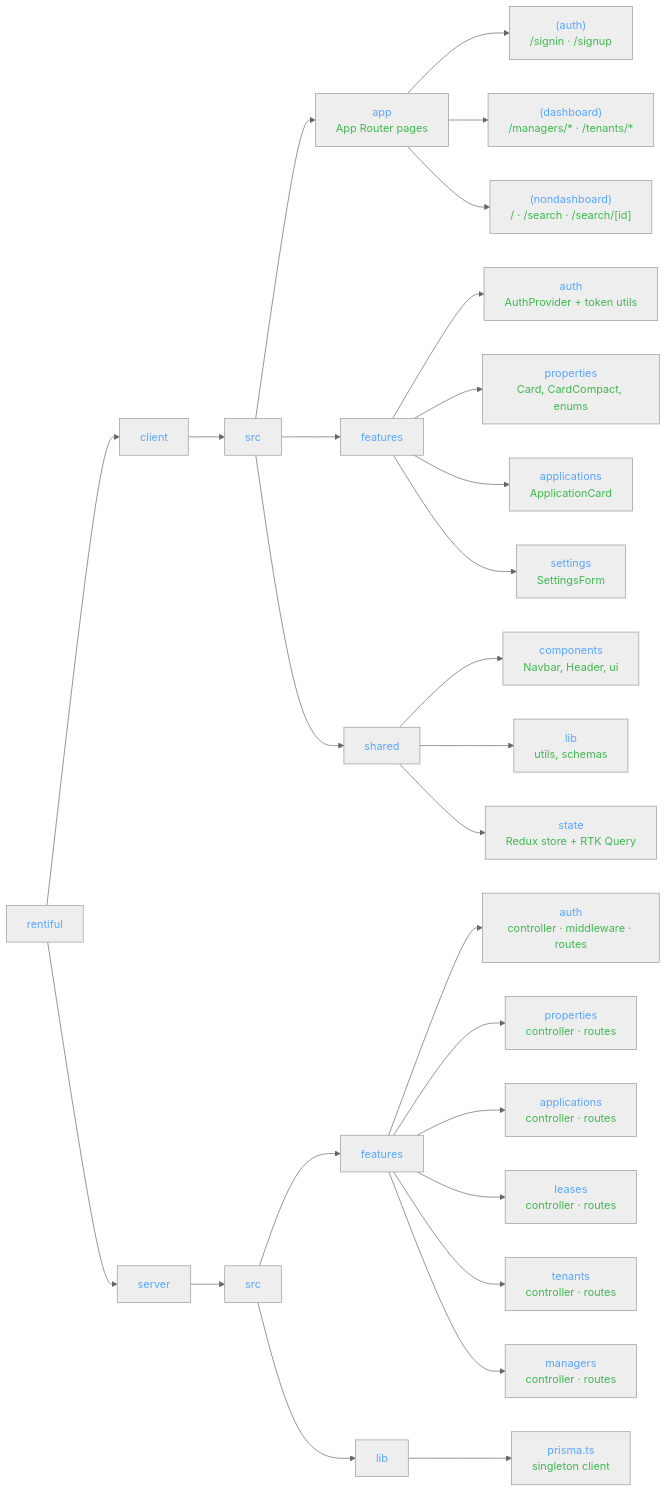
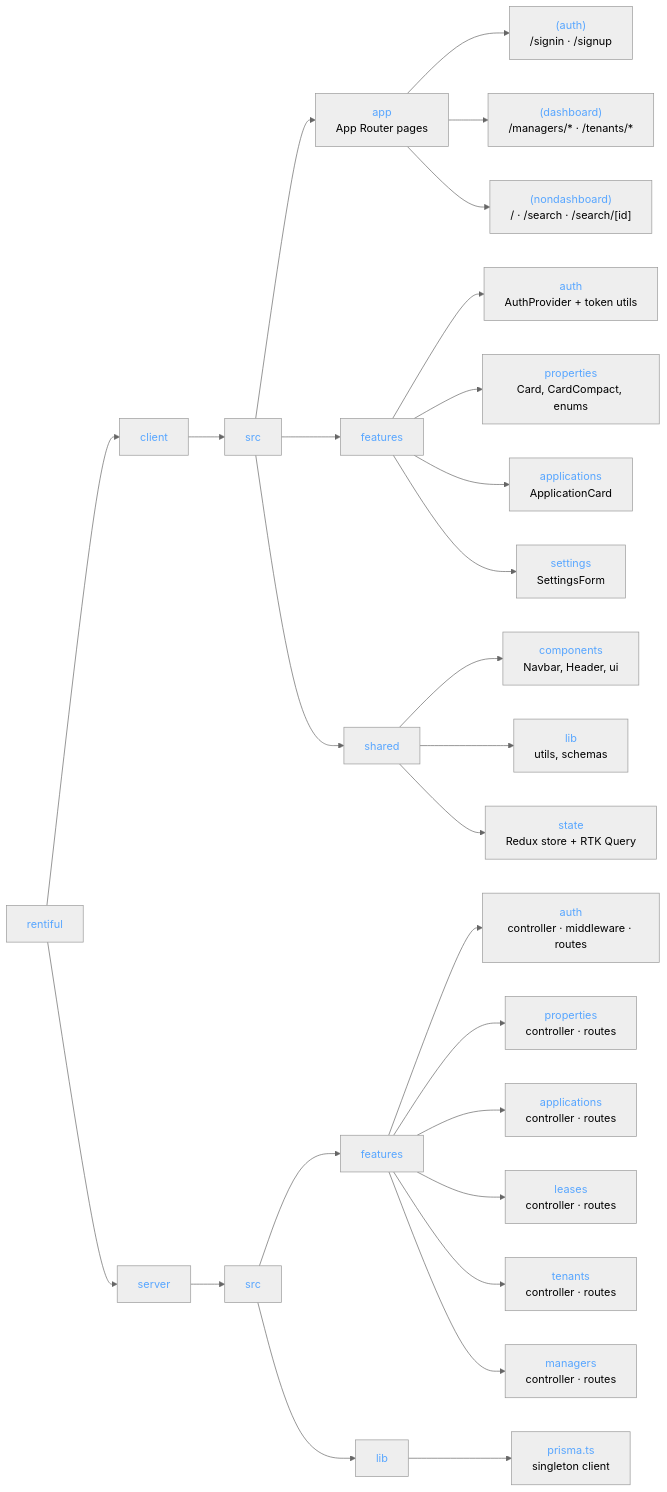
Before and after one commit to cirostackdev/RENTIFUL: the first of 2 diagrams in README.md, drawn with Mermaid (neutral theme).

Commit message:
docs: remove color from description text, leave as default

````diff
--- a/README.md
+++ b/README.md
@@ -93,39 +93,39 @@
 ```mermaid
 graph LR
-    root["<font color=#58a6ff>rentiful</font>"]
+    root["<font color=#58a6ff>rentiful"]
 
-    root --> client["<font color=#58a6ff>client</font>"]
-    root --> server["<font color=#58a6ff>server</font>"]
+    root --> client["<font color=#58a6ff>client"]
+    root --> server["<font color=#58a6ff>server"]
 
-    client --> csrc["<font color=#58a6ff>src</font>"]
-    server --> ssrc["<font color=#58a6ff>src</font>"]
+    client --> csrc["<font color=#58a6ff>src"]
+    server --> ssrc["<font color=#58a6ff>src"]
 
-    csrc --> app["<font color=#58a6ff>app</font><br/><font color=#3fb950>App Router pages</font>"]
-    csrc --> features_c["<font color=#58a6ff>features</font>"]
-    csrc --> shared["<font color=#58a6ff>shared</font>"]
+    csrc --> app["<font color=#58a6ff>app</font><br/>App Router pages"]
+    csrc --> features_c["<font color=#58a6ff>features"]
+    csrc --> shared["<font color=#58a6ff>shared"]
 
-    app --> auth_p["<font color=#58a6ff>(auth)</font><br/><font color=#3fb950>/signin · /signup</font>"]
-    app --> dash_p["<font color=#58a6ff>(dashboard)</font><br/><font color=#3fb950>/managers/* · /tenants/*</font>"]
-    app --> nondash_p["<font color=#58a6ff>(nondashboard)</font><br/><font color=#3fb950>/ · /search · /search/[id]</font>"]
+    app --> auth_p["<font color=#58a6ff>(auth)</font><br/>/signin · /signup"]
+    app --> dash_p["<font color=#58a6ff>(dashboard)</font><br/>/managers/* · /tenants/*"]
+    app --> nondash_p["<font color=#58a6ff>(nondashboard)</font><br/>/ · /search · /search/[id]"]
 
-    features_c --> auth_f["<font color=#58a6ff>auth</font><br/><font color=#3fb950>AuthProvider + token utils</font>"]
-    features_c --> props_f["<font color=#58a6ff>properties</font><br/><font color=#3fb950>Card, CardCompact, enums</font>"]
-    features_c --> apps_f["<font color=#58a6ff>applications</font><br/><font color=#3fb950>ApplicationCard</font>"]
-    features_c --> settings_f["<font color=#58a6ff>settings</font><br/><font color=#3fb950>SettingsForm</font>"]
+    features_c --> auth_f["<font color=#58a6ff>auth</font><br/>AuthProvider + token utils"]
+    features_c --> props_f["<font color=#58a6ff>properties</font><br/>Card, CardCompact, enums"]
+    features_c --> apps_f["<font color=#58a6ff>applications</font><br/>ApplicationCard"]
+    features_c --> settings_f["<font color=#58a6ff>settings</font><br/>SettingsForm"]
 
-    shared --> comp["<font color=#58a6ff>components</font><br/><font color=#3fb950>Navbar, Header, ui</font>"]
-    shared --> lib_c["<font color=#58a6ff>lib</font><br/><font color=#3fb950>utils, schemas</font>"]
-    shared --> state["<font color=#58a6ff>state</font><br/><font color=#3fb950>Redux store + RTK Query</font>"]
+    shared --> comp["<font color=#58a6ff>components</font><br/>Navbar, Header, ui"]
+    shared --> lib_c["<font color=#58a6ff>lib</font><br/>utils, schemas"]
+    shared --> state["<font color=#58a6ff>state</font><br/>Redux store + RTK Query"]
 
-    ssrc --> features_s["<font color=#58a6ff>features</font>"]
-    ssrc --> lib_s["<font color=#58a6ff>lib</font>"]
+    ssrc --> features_s["<font color=#58a6ff>features"]
+    ssrc --> lib_s["<font color=#58a6ff>lib"]
 
-    features_s --> auth_s["<font color=#58a6ff>auth</font><br/><font color=#3fb950>controller · middleware · routes</font>"]
-    features_s --> props_s["<font color=#58a6ff>properties</font><br/><font color=#3fb950>controller · routes</font>"]
-    features_s --> apps_s["<font color=#58a6ff>applications</font><br/><font color=#3fb950>controller · routes</font>"]
-    features_s --> leases_s["<font color=#58a6ff>leases</font><br/><font color=#3fb950>controller · routes</font>"]
-    features_s --> tenants_s["<font color=#58a6ff>tenants</font><br/><font color=#3fb950>controller · routes</font>"]
-    features_s --> managers_s["<font color=#58a6ff>managers</font><br/><font color=#3fb950>controller · routes</font>"]
+    features_s --> auth_s["<font color=#58a6ff>auth</font><br/>controller · middleware · routes"]
+    features_s --> props_s["<font color=#58a6ff>properties</font><br/>controller · routes"]
+    features_s --> apps_s["<font color=#58a6ff>applications</font><br/>controller · routes"]
+    features_s --> leases_s["<font color=#58a6ff>leases</font><br/>controller · routes"]
+    features_s --> tenants_s["<font color=#58a6ff>tenants</font><br/>controller · routes"]
+    features_s --> managers_s["<font color=#58a6ff>managers</font><br/>controller · routes"]
 
-    lib_s --> prisma["<font color=#58a6ff>prisma.ts</font><br/><font color=#3fb950>singleton client</font>"]
+    lib_s --> prisma["<font color=#58a6ff>prisma.ts</font><br/>singleton client"]
 ```
````
